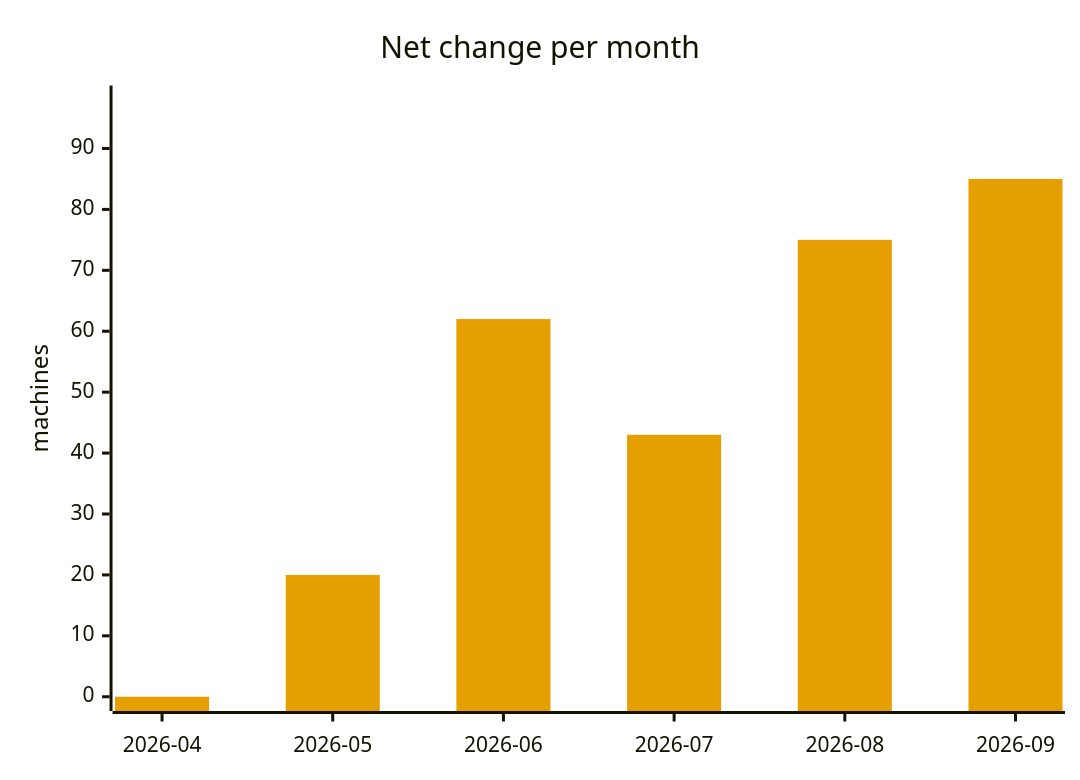
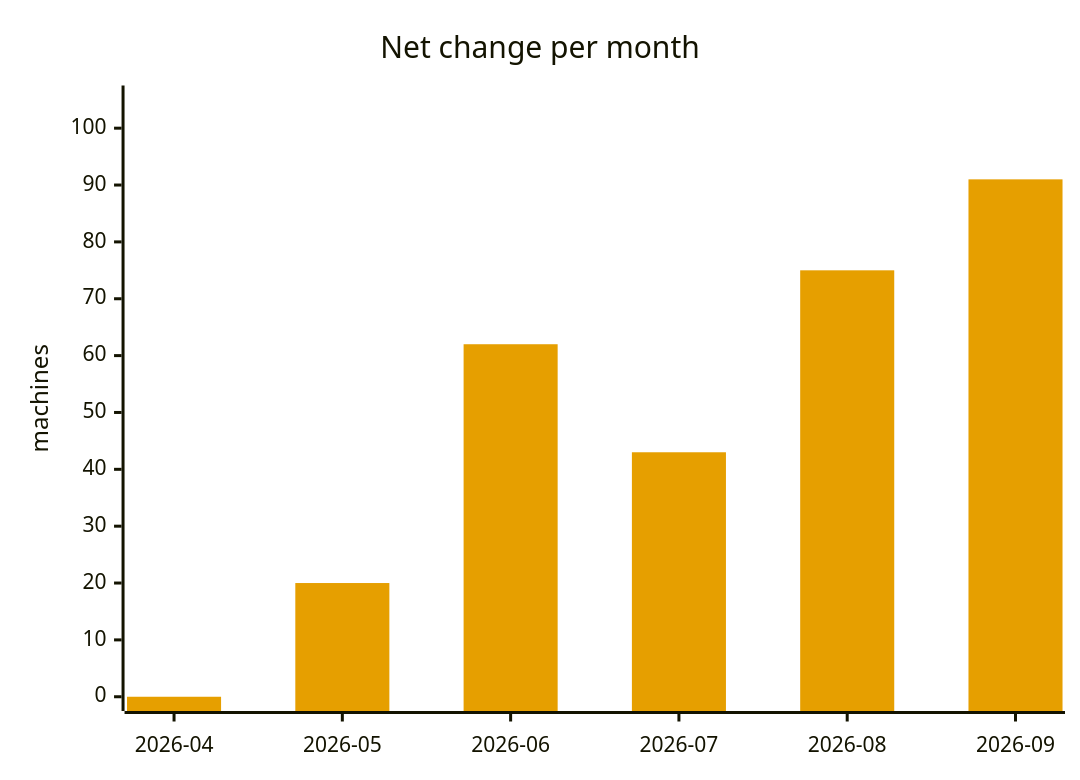
Before and after one commit to cheeaun/returnright-data: the fifth of 5 diagrams in ANALYSIS.md, drawn with Mermaid. The commit also changed other lines of this file and 4 other files, not shown here.

````diff
--- a/ANALYSIS.md
+++ b/ANALYSIS.md
@@ -220,13 +220,13 @@
 ```mermaid
 ---
 config:
   themeVariables:
     xyChart:
       plotColorPalette: "#E69F00"
 ---
 xychart-beta
     title "Net change per month"
     x-axis ["2026-04", "2026-05", "2026-06", "2026-07", "2026-08", "2026-09"]
-    y-axis "machines" 0 --> 98
-    bar [0, 20, 62, 43, 75, 85]
+    y-axis "machines" 0 --> 105
+    bar [0, 20, 62, 43, 75, 91]
 ```
````
